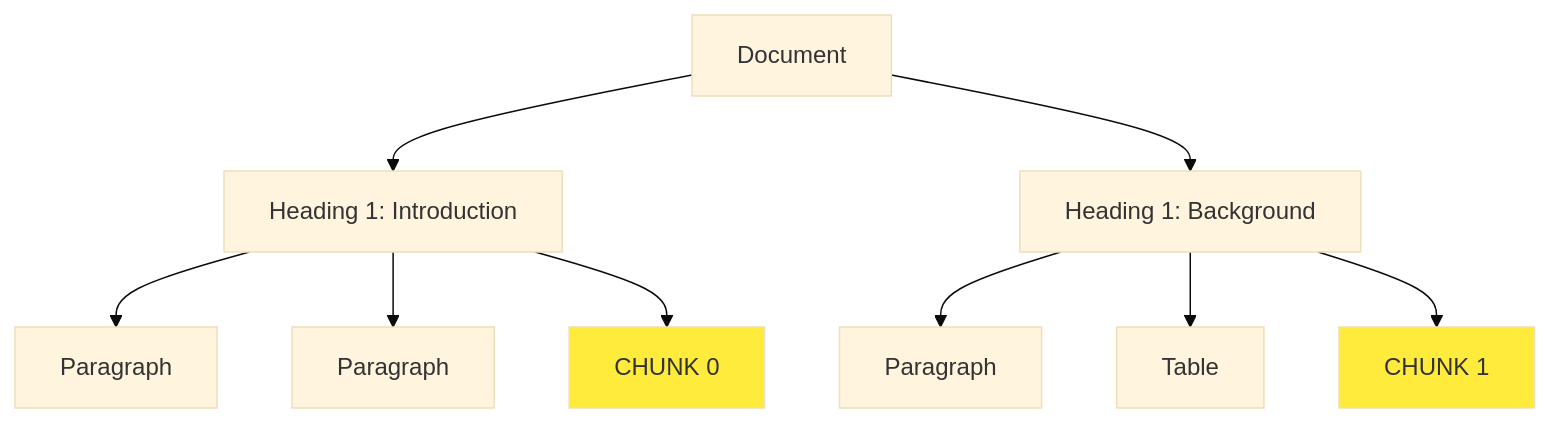
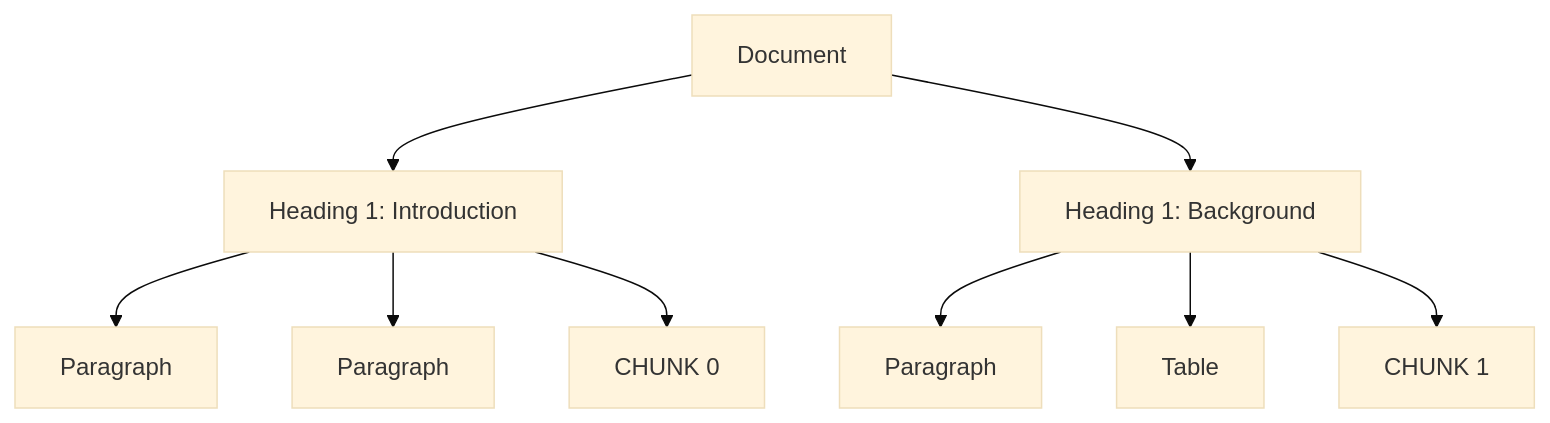
Before and after one commit to RahulPatnaik/layoutir: the second of 3 diagrams in docs/ARCHITECTURE.md, drawn with Mermaid (base theme). The commit also changed other lines of this file and 1 other file, not shown here.

Commit message:
Updated mermaid diagrams

````diff
--- a/docs/ARCHITECTURE.md
+++ b/docs/ARCHITECTURE.md
@@ -251,24 +238,21 @@
 ```mermaid
 graph TD
     Doc[Document]
     H1[Heading 1: Introduction]
     P1[Paragraph]
     P2[Paragraph]
     C0[CHUNK 0]
     H2[Heading 1: Background]
     P3[Paragraph]
     T1[Table]
     C1[CHUNK 1]
 
     Doc --> H1
     H1 --> P1
     H1 --> P2
     H1 --> C0
     Doc --> H2
     H2 --> P3
     H2 --> T1
     H2 --> C1
-
-    style C0 fill:#ffeb3b
-    style C1 fill:#ffeb3b
 ```
````
